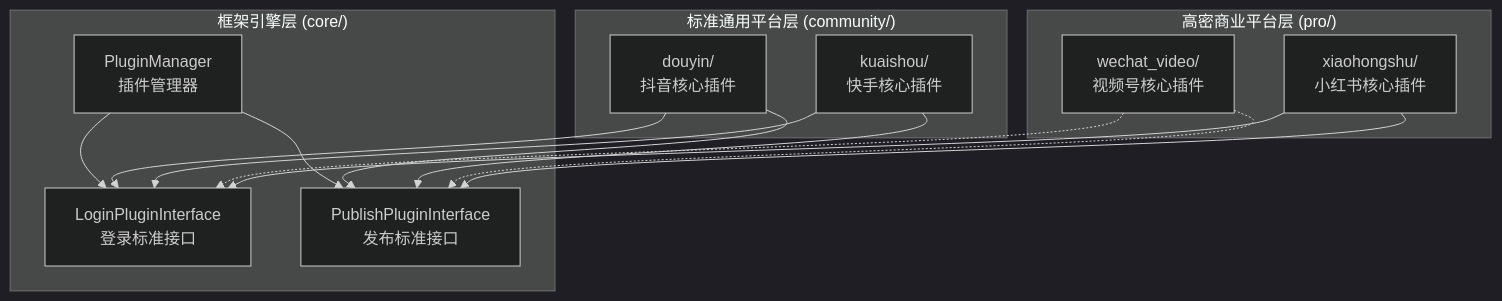
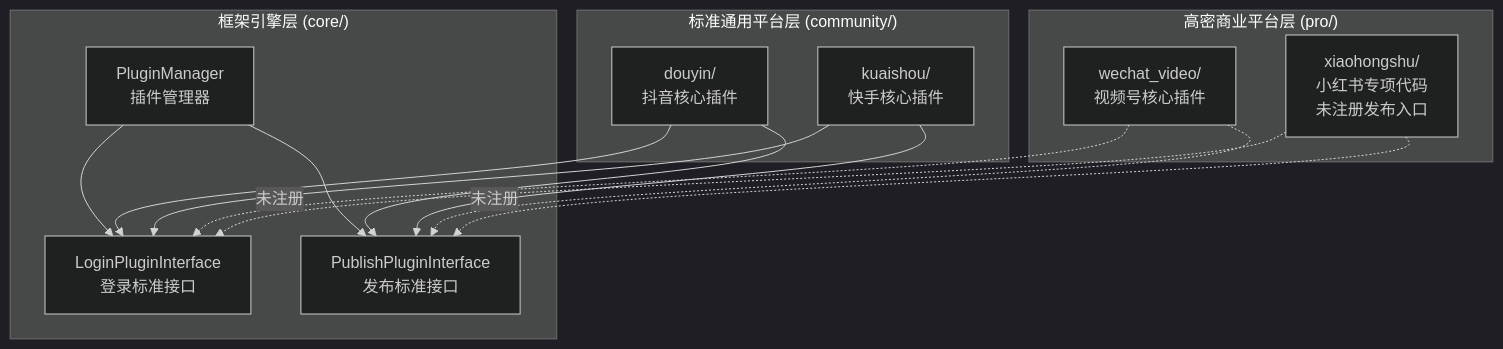
One commit to chitang818/wemedia-baby changed the first of 2 diagrams in docs/03插件系统/3.0插件系统介绍.md. Above: the diagram before and after it, drawn with Mermaid (dark theme). The commit also changed other lines of this file and 72 other files, not shown here.

````diff
--- a/docs/03插件系统/3.0插件系统介绍.md
+++ b/docs/03插件系统/3.0插件系统介绍.md
@@ -29,25 +30,25 @@
 ```mermaid
 graph TB
     subgraph core["框架引擎层 (core/)"]
         PM[PluginManager<br/>插件管理器]
         LI[LoginPluginInterface<br/>登录标准接口]
         PI[PublishPluginInterface<br/>发布标准接口]
     end
 
     subgraph community["标准通用平台层 (community/)"]
         DY[douyin/<br/>抖音核心插件]
         KS[kuaishou/<br/>快手核心插件]
     end
 
     subgraph pro["高密商业平台层 (pro/)"]
         WX[wechat_video/<br/>视频号核心插件]
-        XHS[xiaohongshu/<br/>小红书核心插件]
+        XHS[xiaohongshu/<br/>小红书专项代码<br/>未注册发布入口]
     end
 
     PM --> LI
     PM --> PI
     DY --> LI & PI
     KS --> LI & PI
     WX -.-> LI & PI
-    XHS --> LI & PI
+    XHS -. 未注册 .-> LI & PI
 ```
````
